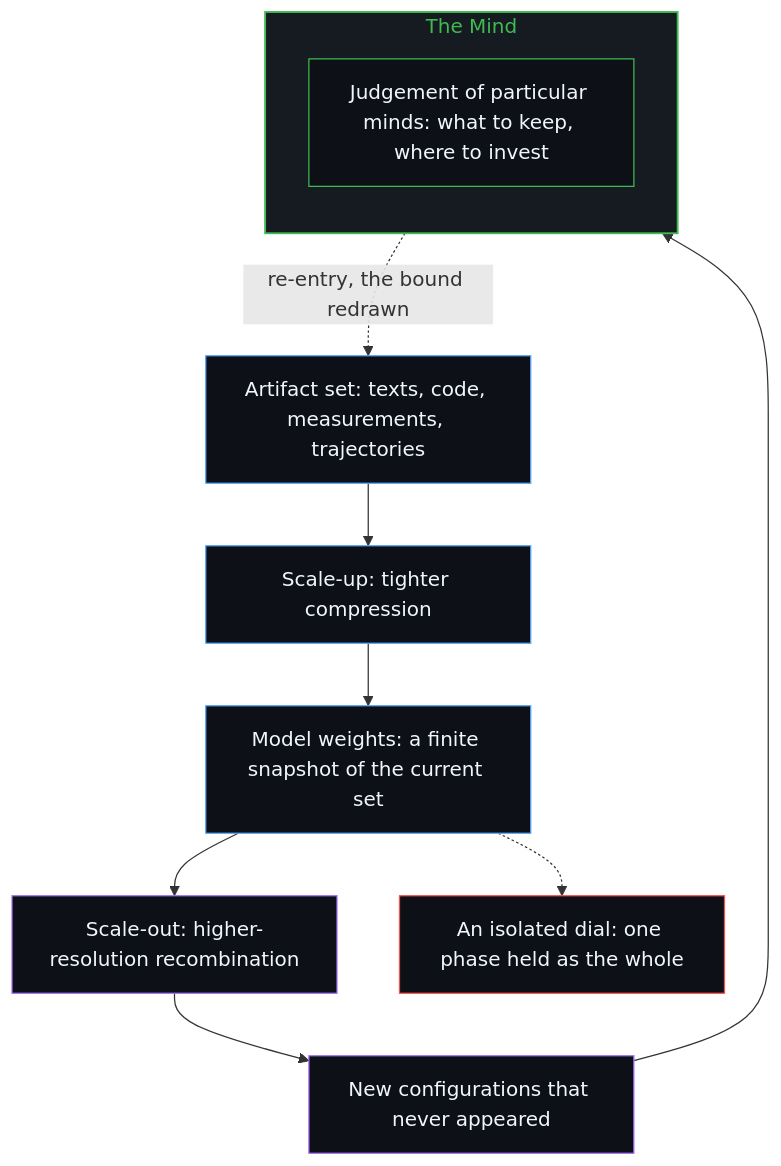
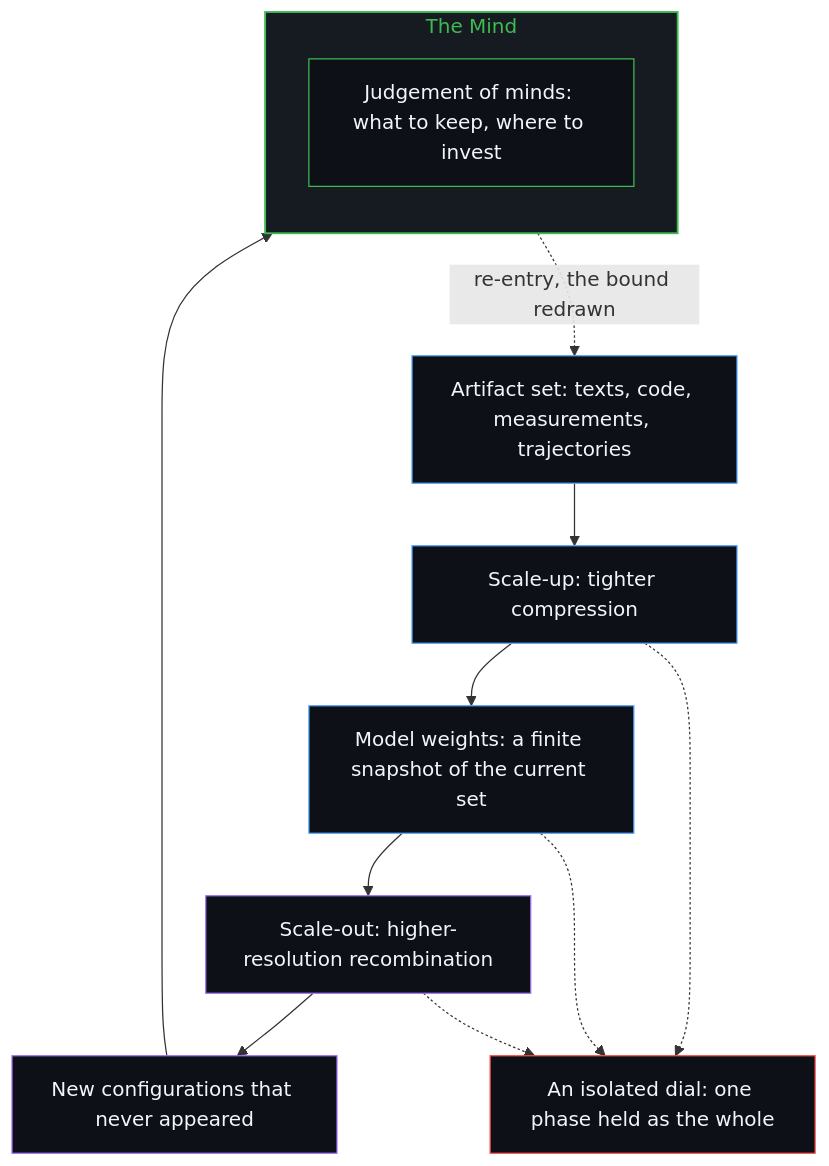
Before and after one commit to powerpig99/not-a-toe: the second of 2 diagrams in content/posts/the-scaling-loop.md, drawn with Mermaid. The commit also changed other lines of this file and 2 other files, not shown here.

````diff
--- a/content/posts/the-scaling-loop.md
+++ b/content/posts/the-scaling-loop.md
@@ -74,24 +76,26 @@
 ```mermaid
 flowchart TD
     A["Artifact set: texts, code, measurements, trajectories"]
     U["Scale-up: tighter compression"]
     W["Model weights: a finite snapshot of the current set"]
     O["Scale-out: higher-resolution recombination"]
     N["New configurations that never appeared"]
     subgraph S_Mind["The Mind"]
         direction TB
-        J["Judgement of particular minds: what to keep, where to invest"]
+        J["Judgement of minds: what to keep, where to invest"]
     end
     F["An isolated dial: one phase held as the whole"]
     A --> U --> W --> O --> N --> J
     J -.->|"re-entry, the bound redrawn"| A
+    U -.-> F
     W -.-> F
+    O -.-> F
     style S_Mind fill:#161b22,stroke:#3fb950,stroke-width:1.5px,color:#3fb950
     style A fill:#0d1117,stroke:#58a6ff,stroke-width:1px,color:#f0f6fc
     style U fill:#0d1117,stroke:#58a6ff,stroke-width:1px,color:#f0f6fc
     style W fill:#0d1117,stroke:#58a6ff,stroke-width:1px,color:#f0f6fc
     style O fill:#0d1117,stroke:#a371f7,stroke-width:1px,color:#f0f6fc
     style N fill:#0d1117,stroke:#a371f7,stroke-width:1px,color:#f0f6fc
     style J fill:#0d1117,stroke:#3fb950,stroke-width:1px,color:#f0f6fc
     style F fill:#0d1117,stroke:#f85149,stroke-width:1px,color:#f0f6fc
 ```
````
